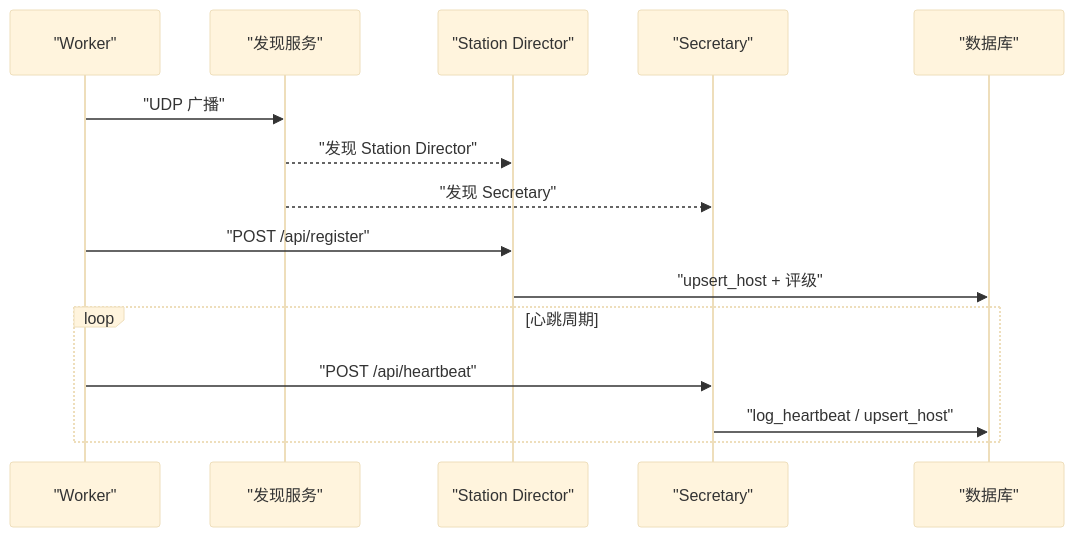
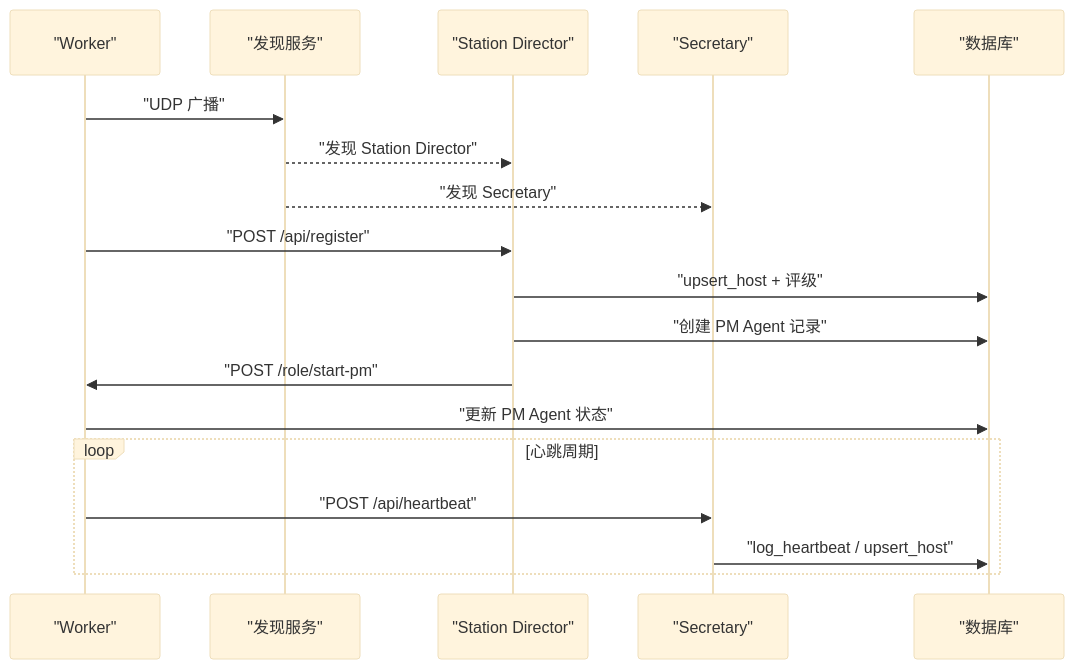
One commit to targalian/Personal-distributed-workstation changed the fifth of 10 diagrams in .qoder/repowiki/zh/content/部署指南/部署指南.md. Above: the diagram before and after it, drawn with Mermaid (base theme). The commit also changed other lines of this file and 60 other files, not shown here.

````diff
--- a/.qoder/repowiki/zh/content/部署指南/部署指南.md
+++ b/.qoder/repowiki/zh/content/部署指南/部署指南.md
@@ -294,17 +316,20 @@
 ```mermaid
 sequenceDiagram
 participant W as "Worker"
 participant N as "发现服务"
 participant SD as "Station Director"
 participant S as "Secretary"
 participant DB as "数据库"
 W->>N : "UDP 广播"
 N-->>SD : "发现 Station Director"
 N-->>S : "发现 Secretary"
 W->>SD : "POST /api/register"
 SD->>DB : "upsert_host + 评级"
+SD->>DB : "创建 PM Agent 记录"
+SD->>W : "POST /role/start-pm"
+W->>DB : "更新 PM Agent 状态"
 loop 心跳周期
 W->>S : "POST /api/heartbeat"
 S->>DB : "log_heartbeat / upsert_host"
 end
 ```
````
